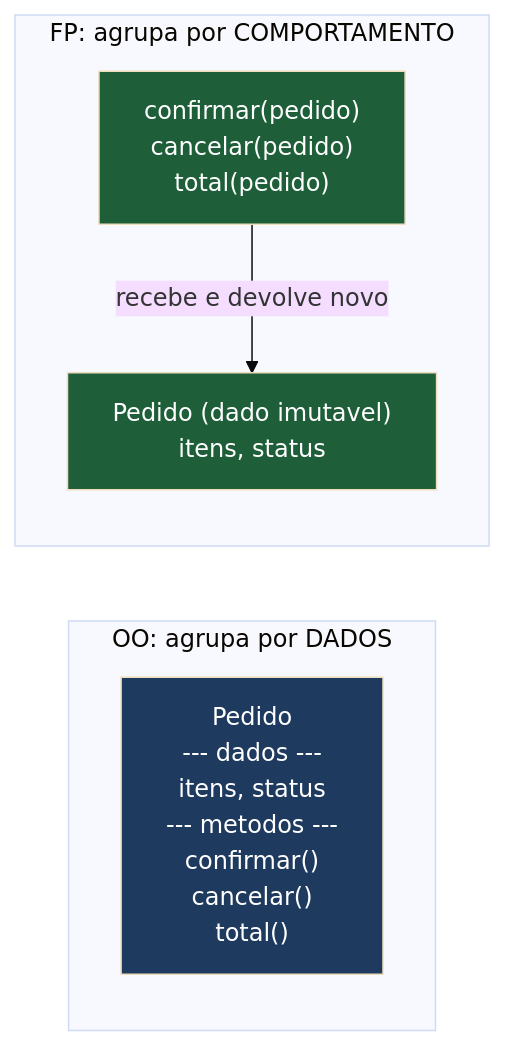
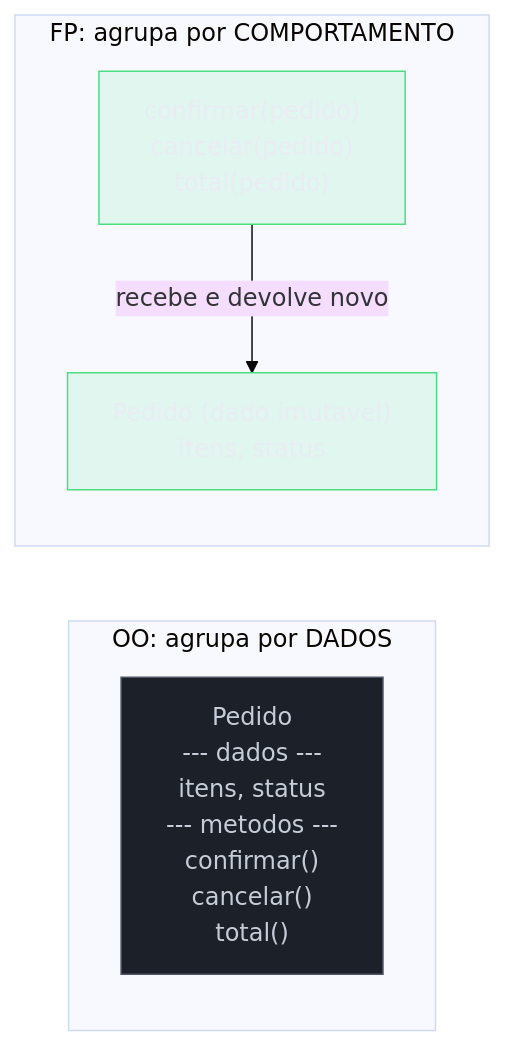
Before and after one commit to josenaldo/codex-technomanticus: the fifth of 6 diagrams in 03-Dominios/Ciência/Paradigmas/03 - O paradigma orientado a objetos.md, drawn with Mermaid (base theme). The commit also changed other lines of this file and 1181 other files, not shown here.

First line of the commit message:
fix(diagramas): paleta do sistema no lugar de cor cravada no markdown

````diff
--- a/03-Dominios/Ciência/Paradigmas/03 - O paradigma orientado a objetos.md
+++ b/03-Dominios/Ciência/Paradigmas/03 - O paradigma orientado a objetos.md
@@ -169,16 +176,18 @@
 ```mermaid
 flowchart LR
+    classDef neutro fill:#1B2029,stroke:#4E5666,color:#C6CCD8
+    classDef ok fill:#4ADE8021,stroke:#4ADE80,color:#E9ECF2
     subgraph OOG["OO: agrupa por DADOS"]
         direction TB
         Ped["Pedido<br/>--- dados ---<br/>itens, status<br/>--- metodos ---<br/>confirmar()<br/>cancelar()<br/>total()"]
     end
     subgraph FPG["FP: agrupa por COMPORTAMENTO"]
         direction TB
         Dados["Pedido (dado imutavel)<br/>itens, status"]
         Fns["confirmar(pedido)<br/>cancelar(pedido)<br/>total(pedido)"]
         Fns -->|"recebe e devolve novo"| Dados
     end
-    style Ped fill:#1e3a5f,color:#fff
-    style Dados fill:#1e5f3a,color:#fff
-    style Fns fill:#1e5f3a,color:#fff
+    class Ped neutro
+    class Dados ok
+    class Fns ok
 ```
````
